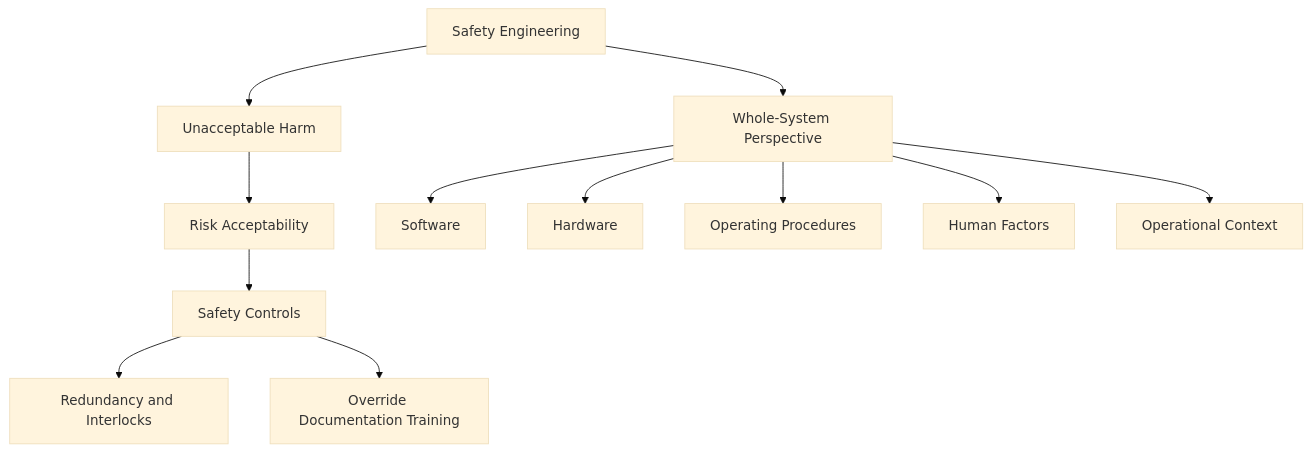
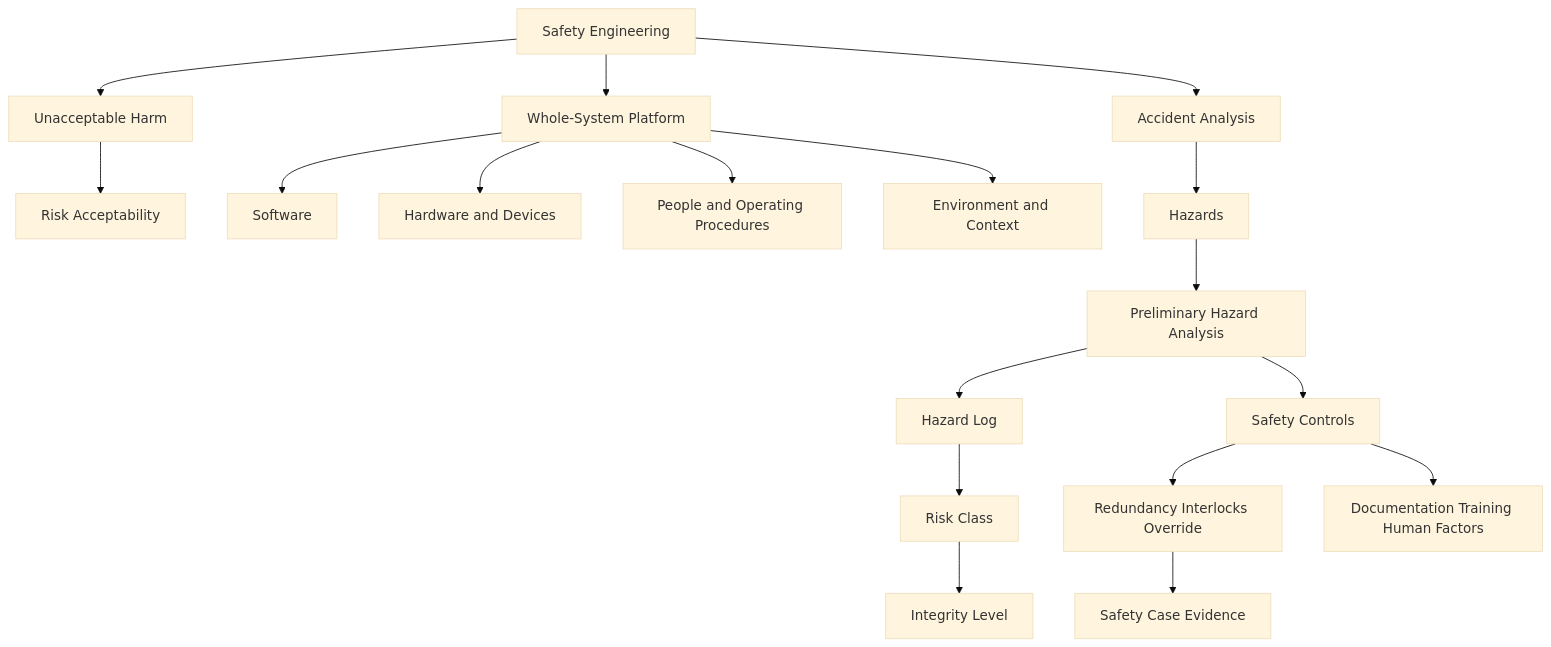
The diagram in study-agent/outputs/graph/lecture2_safety_graph.md (sisphus/High-Integrity-Systems-Engineering--notes-and-assigments), drawn with Mermaid (base theme) before and after one commit. The commit also changed 17 other files, not shown here.

````diff
--- a/study-agent/outputs/graph/lecture2_safety_graph.md
+++ b/study-agent/outputs/graph/lecture2_safety_graph.md
@@ -1,14 +1,20 @@
 ```mermaid
 graph TD
     A[Safety Engineering] --> B[Unacceptable Harm]
     B --> C[Risk Acceptability]
-    A --> D[Whole-System Perspective]
+    A --> D[Whole-System Platform]
     D --> E[Software]
-    D --> F[Hardware]
-    D --> G[Operating Procedures]
-    D --> H[Human Factors]
-    D --> I[Operational Context]
-    C --> J[Safety Controls]
-    J --> K[Redundancy and Interlocks]
-    J --> L[Override Documentation Training]
+    D --> F[Hardware and Devices]
+    D --> G[People and Operating Procedures]
+    D --> H[Environment and Context]
+    A --> I[Accident Analysis]
+    I --> J[Hazards]
+    J --> K[Preliminary Hazard Analysis]
+    K --> L[Hazard Log]
+    L --> M[Risk Class]
+    M --> N[Integrity Level]
+    K --> O[Safety Controls]
+    O --> P[Redundancy Interlocks Override]
+    O --> Q[Documentation Training Human Factors]
+    P --> R[Safety Case Evidence]
 ```
````
